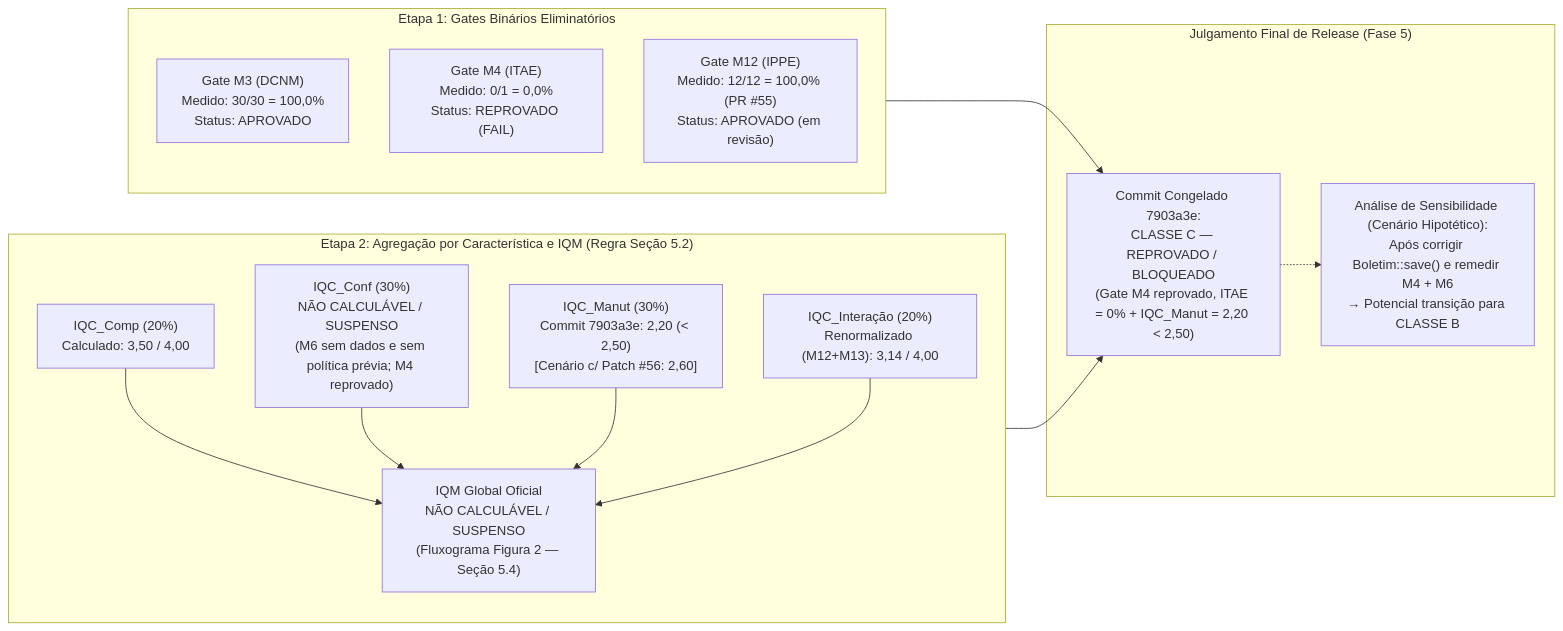
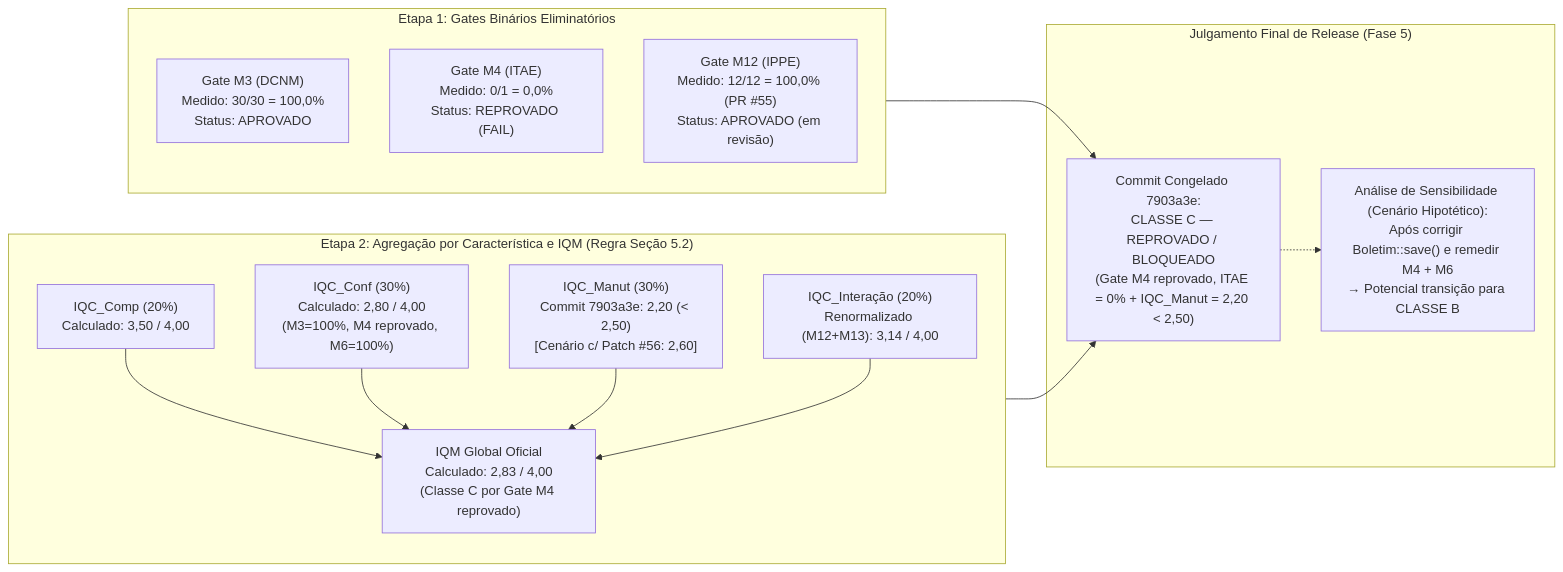
The second of 2 diagrams in docs/plano_medicao_testes.md (FCTE-Qualidade-de-Software-1/2026-2_T02_GRACE_HOPPER), drawn with Mermaid before and after one commit. The commit also changed other lines of this file and 66 other files, not shown here.

````diff
--- a/docs/plano_medicao_testes.md
+++ b/docs/plano_medicao_testes.md
@@ -358,26 +358,26 @@
 ```mermaid
 flowchart LR
     subgraph ETAPA1["Etapa 1: Gates Binários Eliminatórios"]
         M3_G["Gate M3 (DCNM)<br/>Medido: 30/30 = 100,0%<br/>Status: APROVADO"]
         M4_G["Gate M4 (ITAE)<br/>Medido: 0/1 = 0,0%<br/>Status: REPROVADO (FAIL)"]
         M12_G["Gate M12 (IPPE)<br/>Medido: 12/12 = 100,0% (PR #55)<br/>Status: APROVADO (em revisão)"]
     end
 
     subgraph ETAPA2["Etapa 2: Agregação por Característica e IQM (Regra Seção 5.2)"]
         IQC1["IQC_Comp (20%)<br/>Calculado: 3,50 / 4,00"]
-        IQC2["IQC_Conf (30%)<br/>NÃO CALCULÁVEL / SUSPENSO<br/>(M6 sem dados e sem política prévia; M4 reprovado)"]
+        IQC2["IQC_Conf (30%)<br/>Calculado: 2,80 / 4,00<br/>(M3=100%, M4 reprovado, M6=100%)"]
         IQC3["IQC_Manut (30%)<br/>Commit 7903a3e: 2,20 (&lt; 2,50)<br/>[Cenário c/ Patch #56: 2,60]"]
         IQC4["IQC_Interação (20%)<br/>Renormalizado (M12+M13): 3,14 / 4,00"]
-        IQM_BOX["IQM Global Oficial<br/>NÃO CALCULÁVEL / SUSPENSO<br/>(Fluxograma Figura 2 — Seção 5.4)"]
+        IQM_BOX["IQM Global Oficial<br/>Calculado: 2,83 / 4,00<br/>(Classe C por Gate M4 reprovado)"]
         IQC1 & IQC2 & IQC3 & IQC4 --> IQM_BOX
     end
 
     subgraph DECISAO["Julgamento Final de Release (Fase 5)"]
         VEREDITO["Commit Congelado 7903a3e:<br/>CLASSE C — REPROVADO / BLOQUEADO<br/>(Gate M4 reprovado, ITAE = 0% + IQC_Manut = 2,20 &lt; 2,50)"]
         CENARIO["Análise de Sensibilidade (Cenário Hipotético):<br/>Após corrigir Boletim::save() e remedir M4 + M6<br/>→ Potencial transição para CLASSE B"]
         VEREDITO -.-> CENARIO
     end
 
     ETAPA1 --> VEREDITO
     ETAPA2 --> VEREDITO
 ```
````
